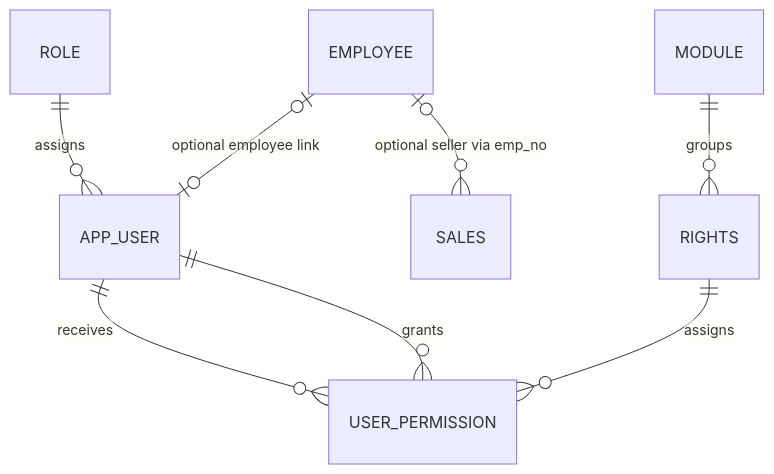
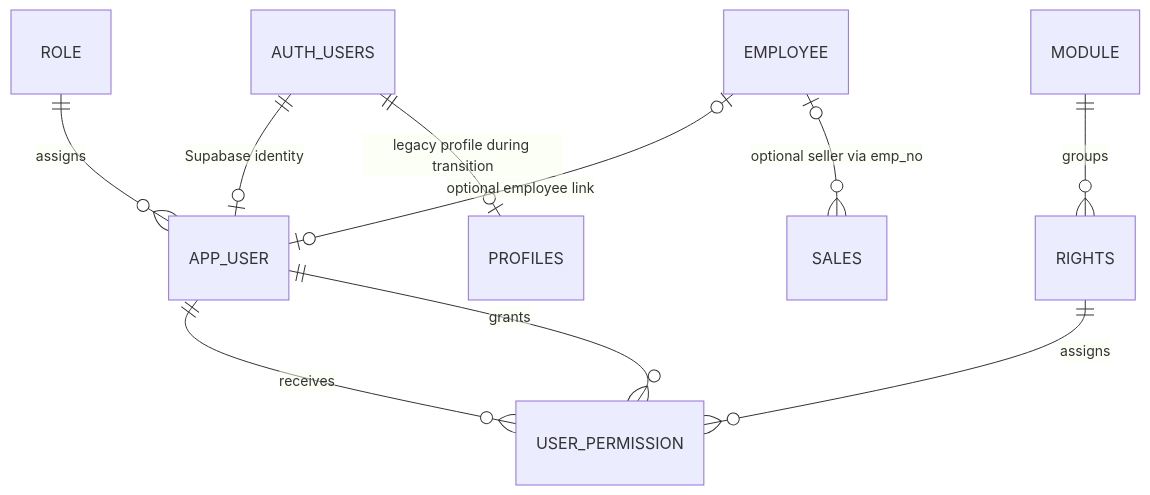
One commit to Yawa16/info_management changed the diagram in db/user-management.md. Above: the diagram before and after it, drawn with Mermaid. The commit also changed other lines of this file and 3 other files, not shown here.

First line of the commit message:
fix(db): link app users to Supabase Auth

````diff
--- a/db/user-management.md
+++ b/db/user-management.md
@@ -16,10 +16,12 @@
 ```mermaid
 erDiagram
     ROLE ||--o{ APP_USER : assigns
+    AUTH_USERS ||--o| APP_USER : "Supabase identity"
+    AUTH_USERS ||--o| PROFILES : "legacy profile during transition"
     EMPLOYEE o|--o| APP_USER : "optional employee link"
     APP_USER ||--o{ USER_PERMISSION : receives
     APP_USER ||--o{ USER_PERMISSION : grants
     MODULE ||--o{ RIGHTS : groups
     RIGHTS ||--o{ USER_PERMISSION : assigns
     EMPLOYEE o|--o{ SALES : "optional seller via emp_no"
 ```
````
